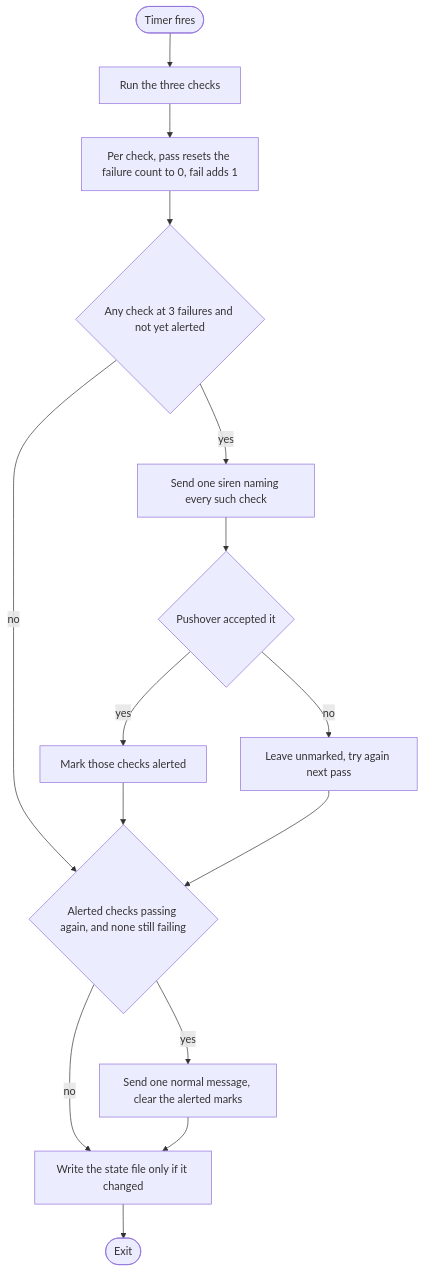
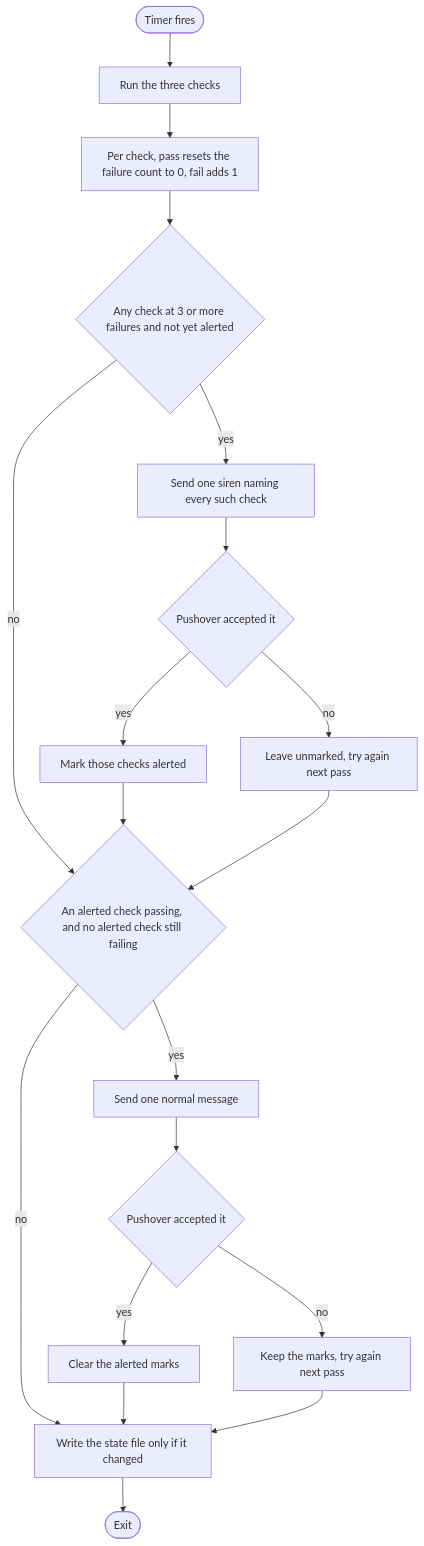
One commit to murr2k/linknode-com changed the fifth of 6 diagrams in docs/ALERTING.md. Above: the diagram before and after it, drawn with Mermaid. The commit also changed other lines of this file and 12 other files, not shown here.

````diff
--- a/docs/ALERTING.md
+++ b/docs/ALERTING.md
@@ -171,18 +282,22 @@
 ```mermaid
 flowchart TD
     START(["Timer fires"]) --> RUN["Run the three checks"]
     RUN --> COUNT["Per check, pass resets the failure count to 0, fail adds 1"]
-    COUNT --> DUE{"Any check at 3 failures and not yet alerted"}
+    COUNT --> DUE{"Any check at 3 or more failures and not yet alerted"}
     DUE -->|yes| SIREN["Send one siren naming every such check"]
     SIREN --> ACCEPT{"Pushover accepted it"}
     ACCEPT -->|yes| MARK["Mark those checks alerted"]
     ACCEPT -->|no| RETRY["Leave unmarked, try again next pass"]
     DUE -->|no| BACK
     MARK --> BACK
     RETRY --> BACK
-    BACK{"Alerted checks passing again, and none still failing"}
-    BACK -->|yes| RECOVER["Send one normal message, clear the alerted marks"]
+    BACK{"An alerted check passing, and no alerted check still failing"}
+    BACK -->|yes| RECOVER["Send one normal message"]
     BACK -->|no| SAVE
-    RECOVER --> SAVE["Write the state file only if it changed"]
-    SAVE --> DONE(["Exit"])
+    RECOVER --> ACCEPT2{"Pushover accepted it"}
+    ACCEPT2 -->|yes| CLEAR["Clear the alerted marks"]
+    ACCEPT2 -->|no| KEEP["Keep the marks, try again next pass"]
+    CLEAR --> SAVE
+    KEEP --> SAVE
+    SAVE["Write the state file only if it changed"] --> DONE(["Exit"])
 ```
````
